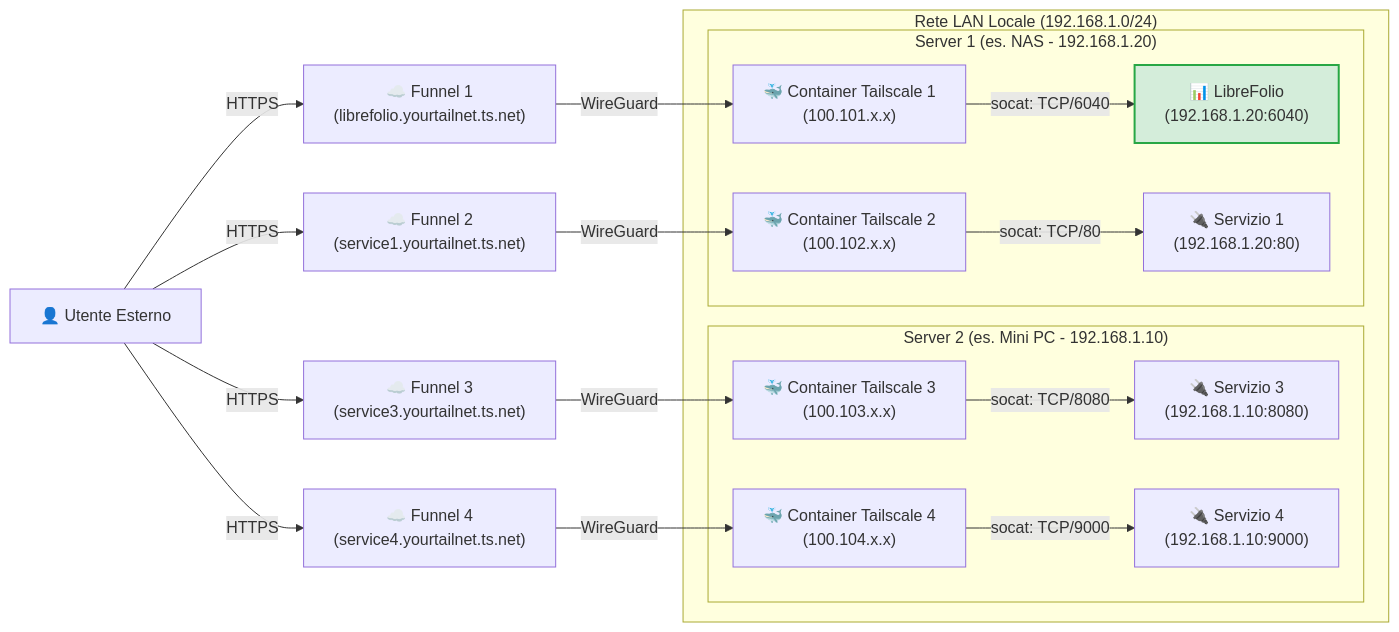
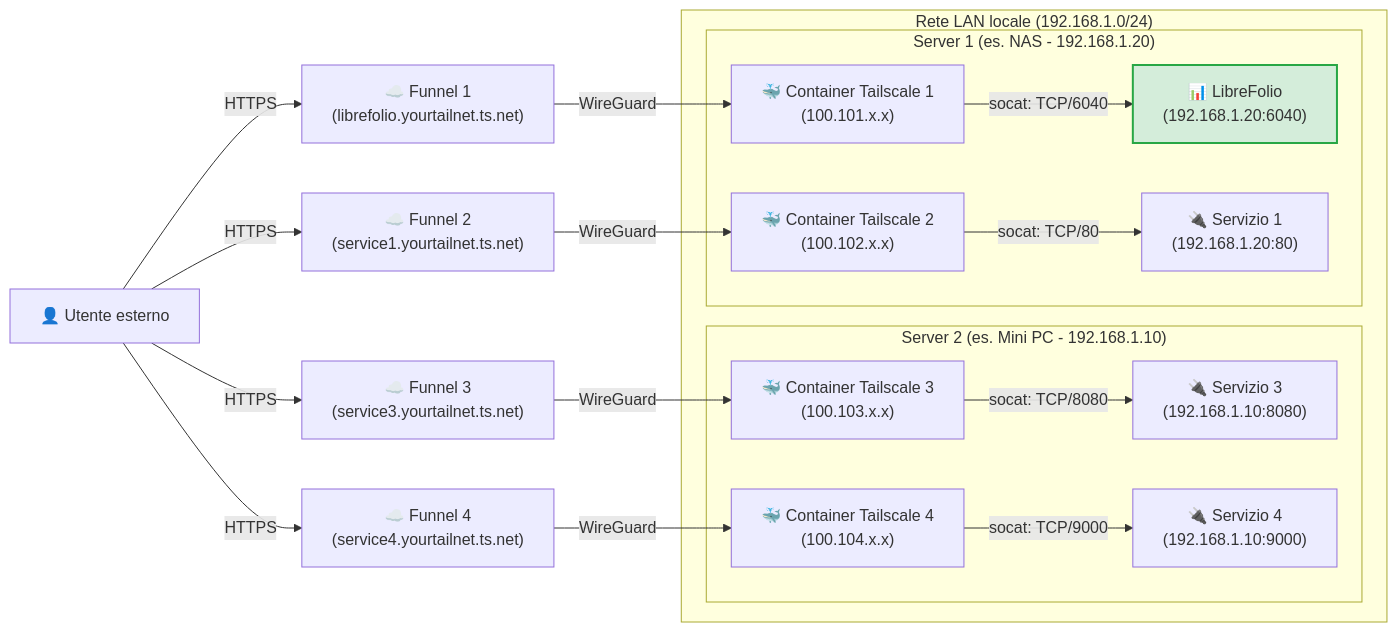
Before and after one commit to Librefolio/LibreFolio: the fifth of 5 diagrams in mkdocs_src/docs/admin/service_exposure.it.md, drawn with Mermaid. The commit also changed other lines of this file and 430 other files, not shown here.

````diff
--- a/mkdocs_src/docs/admin/service_exposure.it.md
+++ b/mkdocs_src/docs/admin/service_exposure.it.md
@@ -377,24 +318,24 @@
 ```mermaid
 graph LR
- User["👤 Utente Esterno"] -->|HTTPS| Funnel1["☁️ Funnel 1<br>(librefolio.yourtailnet.ts.net)"]
- User -->|HTTPS| Funnel2["☁️ Funnel 2<br>(service1.yourtailnet.ts.net)"]
- User -->|HTTPS| Funnel3["☁️ Funnel 3<br>(service3.yourtailnet.ts.net)"]
- User -->|HTTPS| Funnel4["☁️ Funnel 4<br>(service4.yourtailnet.ts.net)"]
- 
- Funnel1 -->|WireGuard| TSC1["🐳 Container Tailscale 1<br>(100.101.x.x)"]
- Funnel2 -->|WireGuard| TSC2["🐳 Container Tailscale 2<br>(100.102.x.x)"]
- Funnel3 -->|WireGuard| TSC3["🐳 Container Tailscale 3<br>(100.103.x.x)"]
- Funnel4 -->|WireGuard| TSC4["🐳 Container Tailscale 4<br>(100.104.x.x)"]
- 
- subgraph LAN ["Rete LAN Locale (192.168.1.0/24)"]
- subgraph Host2 ["Server 2 (es. Mini PC - 192.168.1.10)"]
- TSC3 -->|socat: TCP/8080| Service3["🔌 Servizio 3<br>(192.168.1.10:8080)"]
- TSC4 -->|socat: TCP/9000| Service4["🔌 Servizio 4<br>(192.168.1.10:9000)"]
- end
- subgraph Host1 ["Server 1 (es. NAS - 192.168.1.20)"]
- TSC1 -->|socat: TCP/6040| LibreFolio["📊 LibreFolio<br>(192.168.1.20:6040)"]
- TSC2 -->|socat: TCP/80| Service1["🔌 Servizio 1<br>(192.168.1.20:80)"]
- end
- end
- style LibreFolio fill:#d4edda,stroke:#28a745,stroke-width:2px;
+    User["👤 Utente esterno"] -->|HTTPS| Funnel1["☁️ Funnel 1<br>(librefolio.yourtailnet.ts.net)"]
+    User -->|HTTPS| Funnel2["☁️ Funnel 2<br>(service1.yourtailnet.ts.net)"]
+    User -->|HTTPS| Funnel3["☁️ Funnel 3<br>(service3.yourtailnet.ts.net)"]
+    User -->|HTTPS| Funnel4["☁️ Funnel 4<br>(service4.yourtailnet.ts.net)"]
+
+    Funnel1 -->|WireGuard| TSC1["🐳 Container Tailscale 1<br>(100.101.x.x)"]
+    Funnel2 -->|WireGuard| TSC2["🐳 Container Tailscale 2<br>(100.102.x.x)"]
+    Funnel3 -->|WireGuard| TSC3["🐳 Container Tailscale 3<br>(100.103.x.x)"]
+    Funnel4 -->|WireGuard| TSC4["🐳 Container Tailscale 4<br>(100.104.x.x)"]
+
+    subgraph LAN ["Rete LAN locale (192.168.1.0/24)"]
+        subgraph Host2 ["Server 2 (es. Mini PC - 192.168.1.10)"]
+            TSC3 -->|socat: TCP/8080| Service3["🔌 Servizio 3<br>(192.168.1.10:8080)"]
+            TSC4 -->|socat: TCP/9000| Service4["🔌 Servizio 4<br>(192.168.1.10:9000)"]
+        end
+        subgraph Host1 ["Server 1 (es. NAS - 192.168.1.20)"]
+            TSC1 -->|socat: TCP/6040| LibreFolio["📊 LibreFolio<br>(192.168.1.20:6040)"]
+            TSC2 -->|socat: TCP/80| Service1["🔌 Servizio 1<br>(192.168.1.20:80)"]
+        end
+    end
+    style LibreFolio fill:#d4edda,stroke:#28a745,stroke-width:2px;
 ```
````
